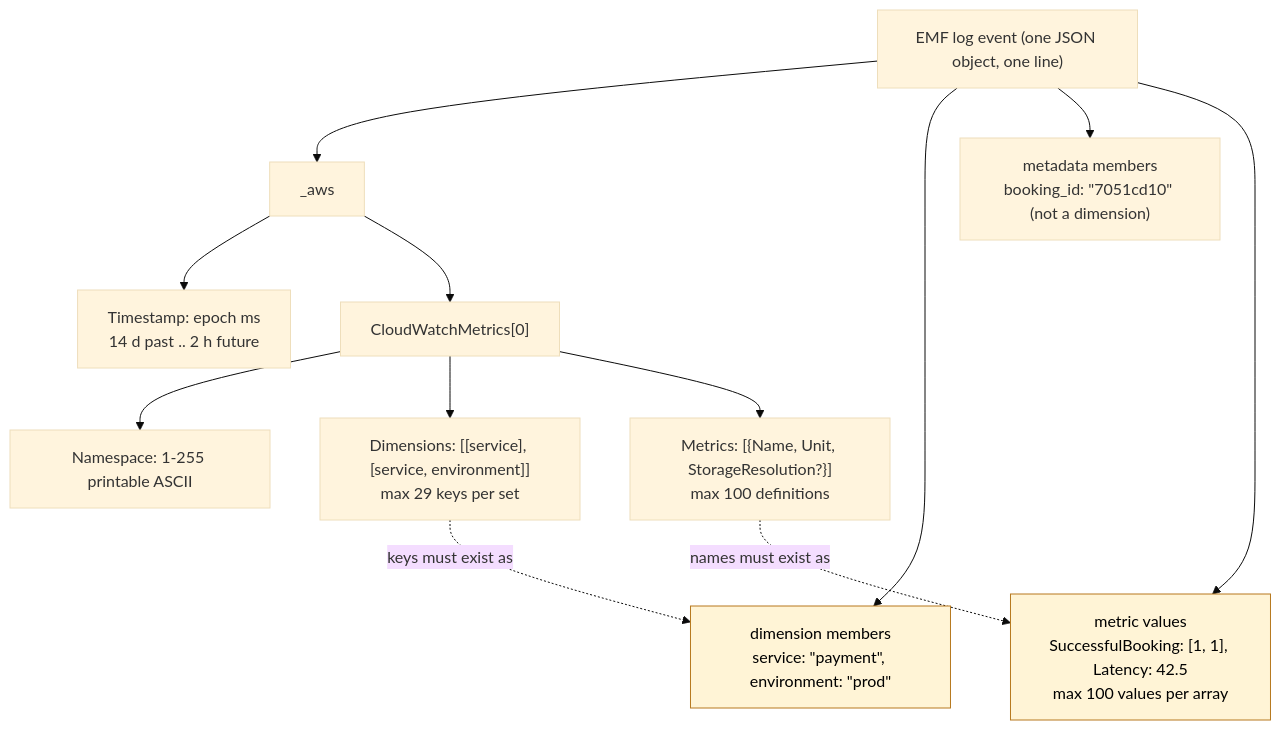
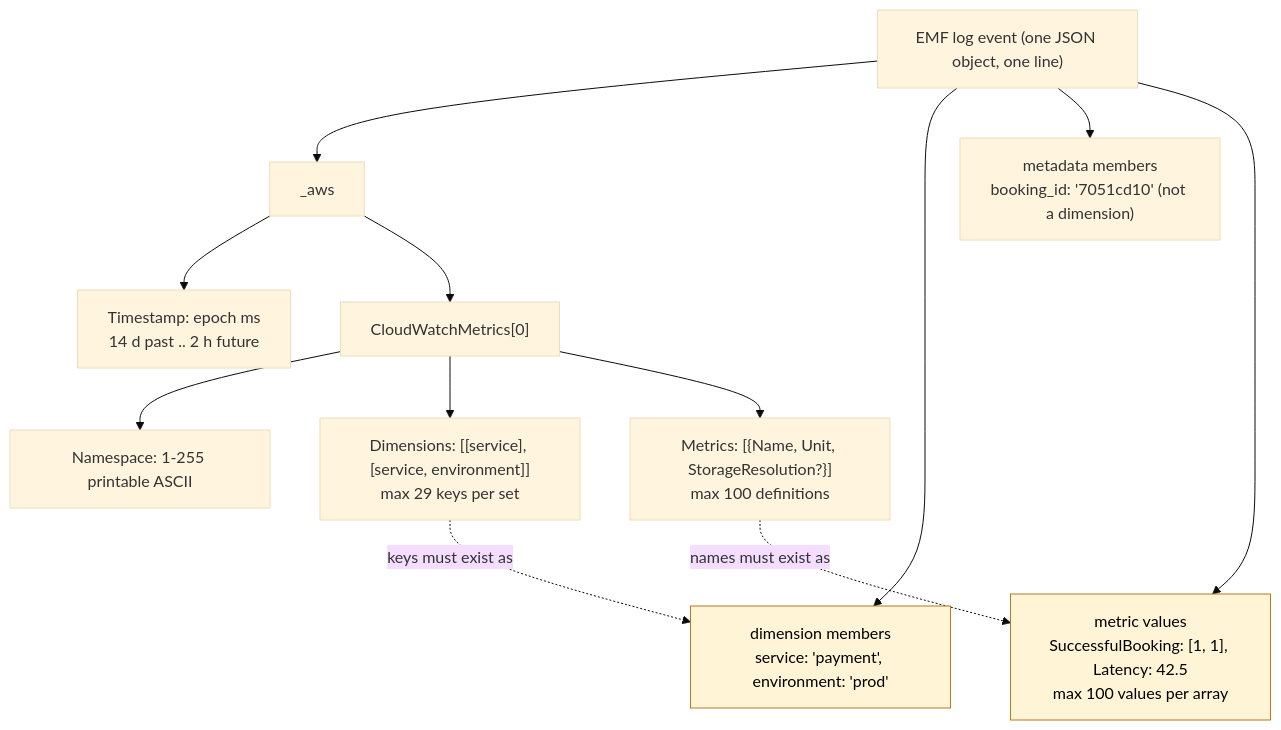
The first of 2 diagrams in 03-metrics.md (christiangda/powertools-lambda-go-plan), drawn with Mermaid (base theme) before and after one commit. The commit also changed other lines of this file and 6 other files, not shown here.

First line of the commit message:
Fix Mermaid diagrams for GitHub rendering

````diff
--- a/03-metrics.md
+++ b/03-metrics.md
@@ -32,17 +32,17 @@
 ```mermaid
 flowchart TB
   root["EMF log event (one JSON object, one line)"]
   root --> aws["_aws"]
   aws --> ts["Timestamp: epoch ms<br/>14 d past .. 2 h future"]
   aws --> cwm["CloudWatchMetrics[0]"]
   cwm --> ns["Namespace: 1-255 printable ASCII"]
   cwm --> dims["Dimensions: [[service], [service, environment]]<br/>max 29 keys per set"]
   cwm --> defs["Metrics: [{Name, Unit, StorageResolution?}]<br/>max 100 definitions"]
-  root --> dv["dimension members<br/>service: &quot;payment&quot;, environment: &quot;prod&quot;"]
-  root --> md["metadata members<br/>booking_id: &quot;7051cd10&quot; (not a dimension)"]
+  root --> dv["dimension members<br/>service: 'payment', environment: 'prod'"]
+  root --> md["metadata members<br/>booking_id: '7051cd10' (not a dimension)"]
   root --> mv["metric values<br/>SuccessfulBooking: [1, 1], Latency: 42.5<br/>max 100 values per array"]
   dims -. keys must exist as .-> dv
   defs -. names must exist as .-> mv
   classDef ref fill:#fff4d6,stroke:#b7791f,color:#000;
   class dv,mv ref;
 ```
````
